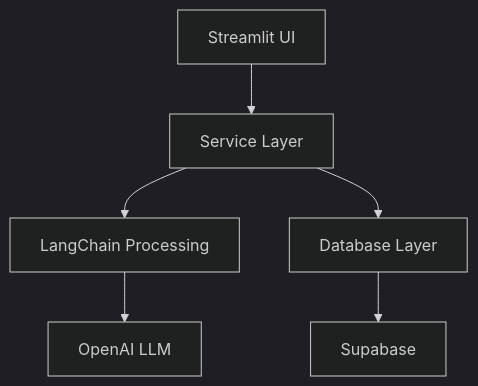
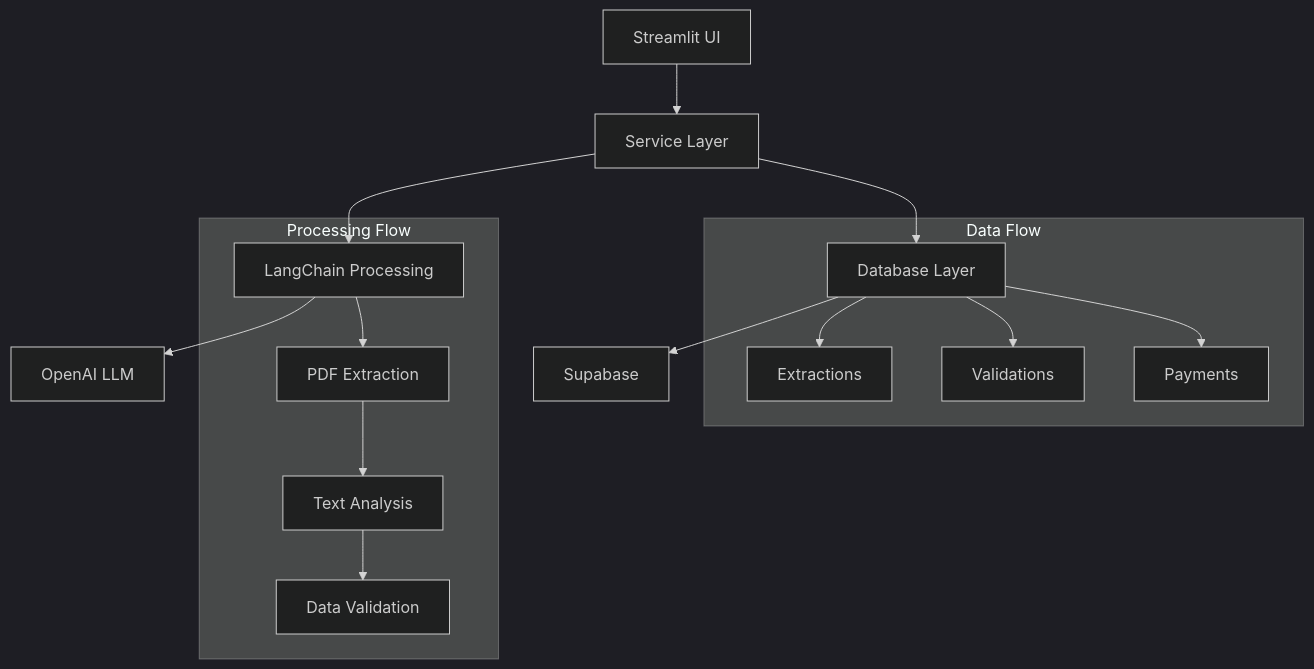
One commit to von-development/vvpay changed the first of 6 diagrams in README.md. Above: the diagram before and after it, drawn with Mermaid (dark theme). The commit also changed other lines of this file, not shown here.

````diff
--- a/README.md
+++ b/README.md
@@ -18,8 +19,20 @@
 ```mermaid
 graph TD
     A[Streamlit UI] --> B[Service Layer]
     B --> C[LangChain Processing]
     B --> D[Database Layer]
     C --> E[OpenAI LLM]
     D --> F[Supabase]
+
+    subgraph "Processing Flow"
+        C --> G[PDF Extraction]
+        G --> H[Text Analysis]
+        H --> I[Data Validation]
+    end
+
+    subgraph "Data Flow"
+        D --> J[Extractions]
+        D --> K[Validations]
+        D --> L[Payments]
+    end
 ```
````
